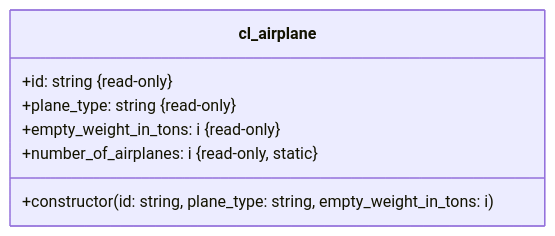
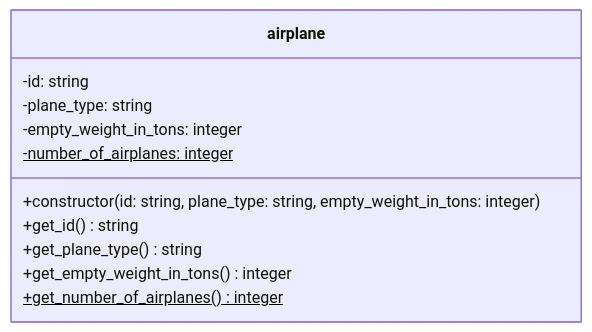
The diagram in docs/exercises/abap-objects/abap-objects-04.md (appenmaier/s4hana), drawn with Mermaid before and after one commit. The commit also changed 7 other files, not shown here.

````diff
--- a/docs/exercises/abap-objects/abap-objects-04.md
+++ b/docs/exercises/abap-objects/abap-objects-04.md
@@ -11,10 +11,14 @@
 ```mermaid
 classDiagram
-   class cl_airplane {
-      +id: string &#123read-only&#125
-      +plane_type: string &#123read-only&#125
-      +empty_weight_in_tons: i &#123read-only&#125
-      +number_of_airplanes: i &#123read-only, static&#125
-      +constructor(id: string, plane_type: string, empty_weight_in_tons: i)
+   class airplane {
+      -id: string
+      -plane_type: string
+      -empty_weight_in_tons: integer
+      -number_of_airplanes: integer$
+      +constructor(id: string, plane_type: string, empty_weight_in_tons: integer)
+      +get_id() string
+      +get_plane_type() string
+      +get_empty_weight_in_tons() integer
+      +get_number_of_airplanes() integer$
    }
 ```
````
